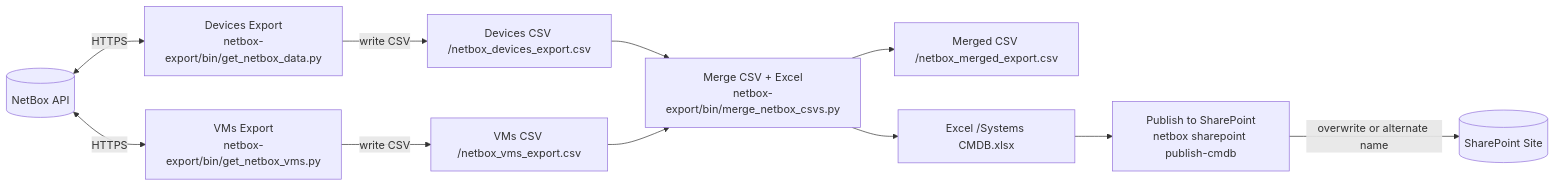
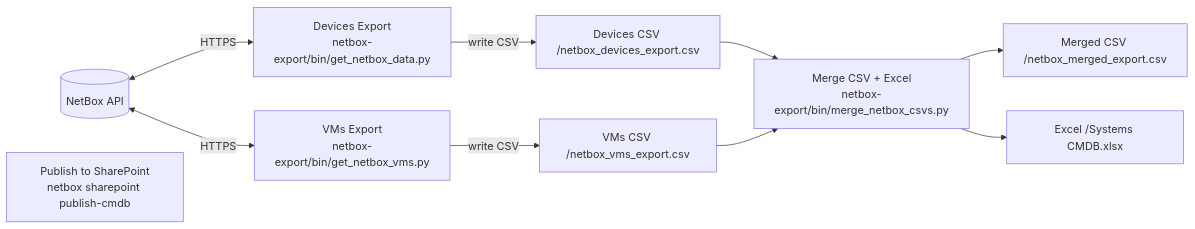
One commit to DanielTromp/Atlas changed the diagram in README.md. Above: the diagram before and after it, drawn with Mermaid.

Commit message:
update mermaid

````diff
--- a/README.md
+++ b/README.md
@@ -66,24 +66,22 @@
 ```mermaid
 flowchart LR
 
   DEV["Devices Export\nnetbox-export/bin/get_netbox_data.py"]
   VMS["VMs Export\nnetbox-export/bin/get_netbox_vms.py"]
   MERGE["Merge CSV + Excel\nnetbox-export/bin/merge_netbox_csvs.py"]
 
 
   NB[(NetBox API)] <-->|HTTPS| DEV
   NB <-->|HTTPS| VMS
 
   DEV -->|write CSV| DCSV["Devices CSV <NETBOX_DATA_DIR>/netbox_devices_export.csv"]
   VMS -->|write CSV| VCSV["VMs CSV <NETBOX_DATA_DIR>/netbox_vms_export.csv"]
 
   DCSV --> MERGE
   VCSV --> MERGE
   MERGE --> MCSV["Merged CSV <NETBOX_DATA_DIR>/netbox_merged_export.csv"]
   MERGE --> MXL["Excel <NETBOX_DATA_DIR>/Systems CMDB.xlsx"]
 
   %% Optional publish step (auto when configured)
   UP["Publish to SharePoint\nnetbox sharepoint publish-cmdb"]
-  MXL --> UP
-  UP -->|overwrite or alternate name| SP[(SharePoint Site)]
 ```
````
